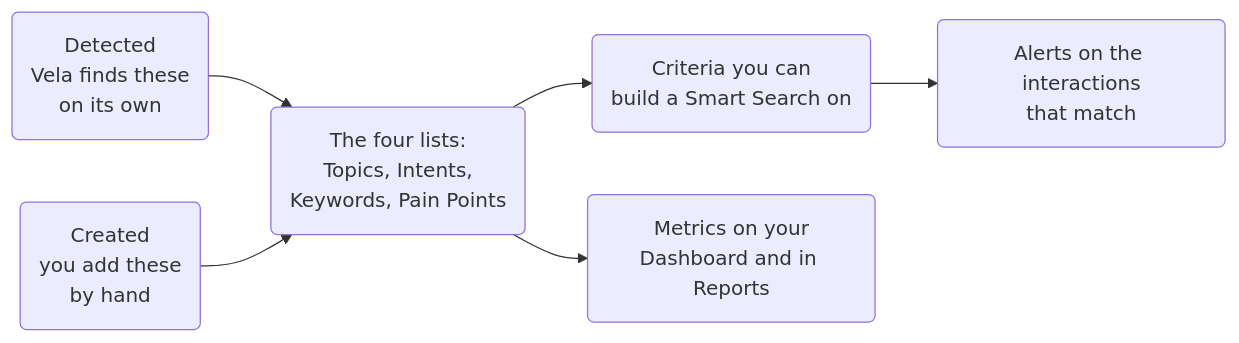
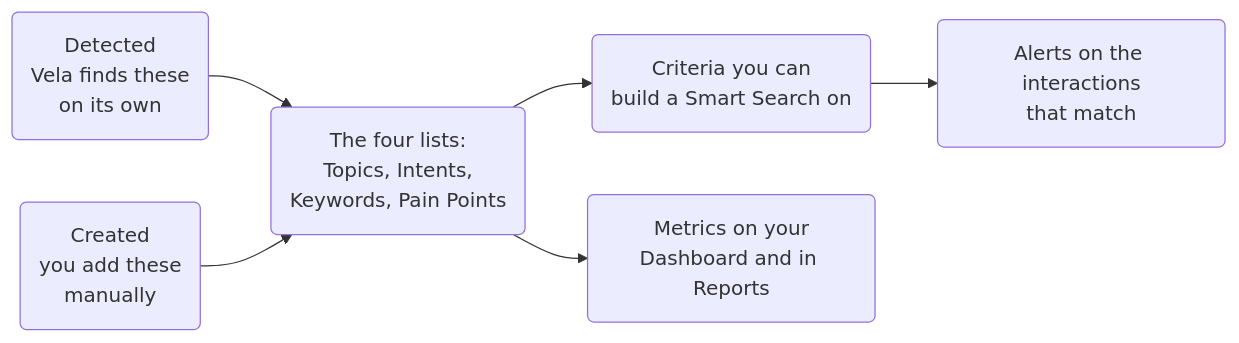
One commit to Botlhale-AI/docs-vela changed the diagram in docs/topics-and-terms-guide.md. Above: the diagram before and after it, drawn with Mermaid. The commit also changed other lines of this file and 6 other files, not shown here.

````diff
--- a/docs/topics-and-terms-guide.md
+++ b/docs/topics-and-terms-guide.md
@@ -15,8 +15,8 @@
 ```mermaid
 flowchart LR
     D("Detected<br/>Vela finds these<br/>on its own") --> L("The four lists:<br/>Topics, Intents,<br/>Keywords, Pain Points")
-    C("Created<br/>you add these<br/>by hand") --> L
+    C("Created<br/>you add these<br/>manually") --> L
     L --> S("Criteria you can<br/>build a Smart Search on")
     L --> M("Metrics on your<br/>Dashboard and in Reports")
     S --> A("Alerts on the interactions<br/>that match")
 ```
````
